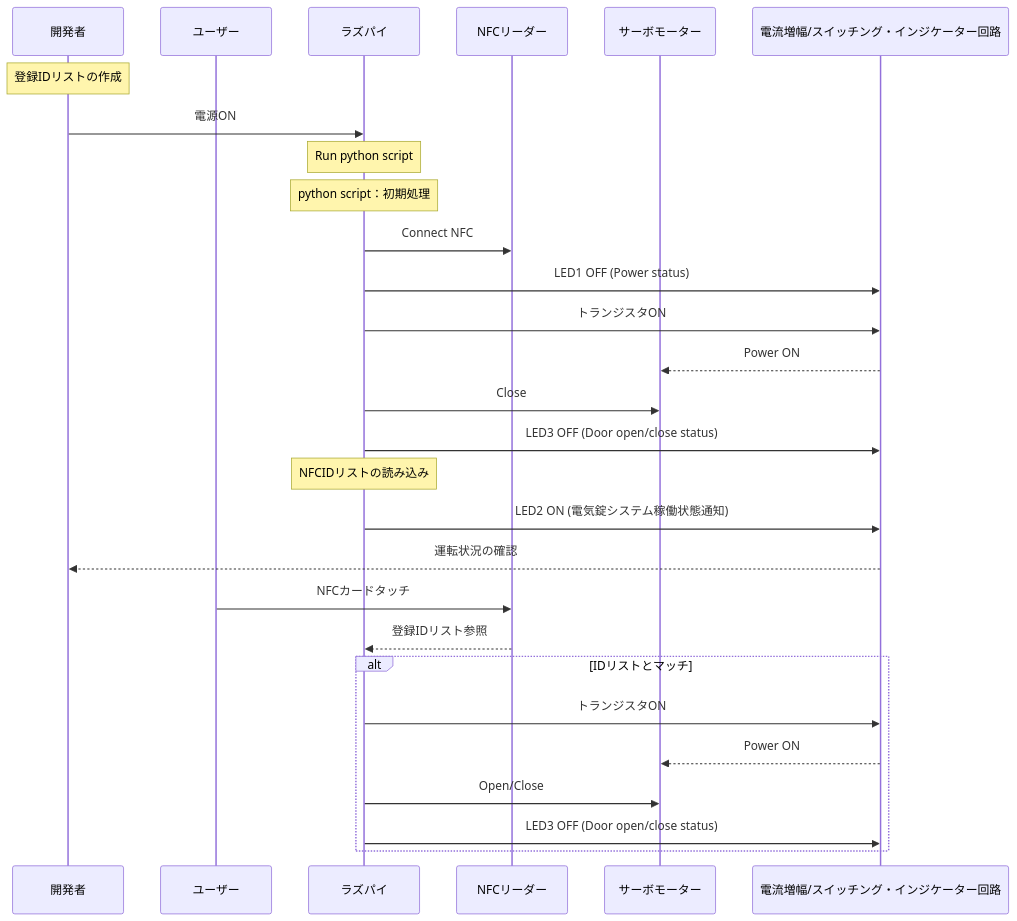
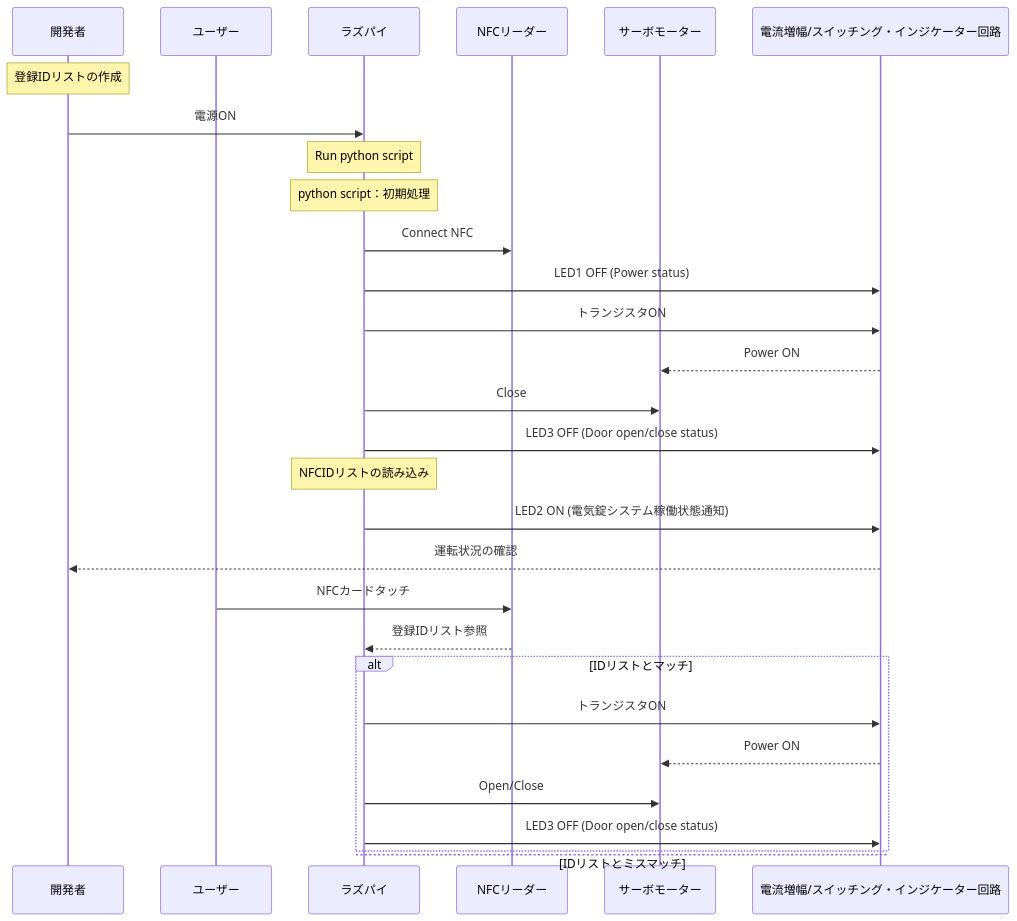
The second of 2 diagrams in memo/SystemMEMO.md (YUKI-SOKENDAI/SmartLock), drawn with Mermaid before and after one commit.

````diff
--- a/memo/SystemMEMO.md
+++ b/memo/SystemMEMO.md
@@ -63,38 +63,40 @@
 ```mermaid
 sequenceDiagram
     participant user as 開発者
     participant user1 as ユーザー
     participant raspi as ラズパイ
     participant nfc as NFCリーダー
     participant servo as サーボモーター
     participant circuit as 電流増幅/スイッチング・インジケーター回路
     
     # hoge
     Note over user: 登録IDリストの作成
     user->>raspi: 電源ON
     Note over raspi : Run python script
     Note over raspi : python script：初期処理
     
     raspi->>nfc: Connect NFC
     raspi->>circuit: LED1 OFF (Power status)
     raspi->>circuit: トランジスタON
     circuit-->>servo: Power ON
     raspi->>servo: Close
     raspi->>circuit: LED3 OFF (Door open/close status)
     Note over raspi : NFCIDリストの読み込み
     raspi->>circuit: LED2 ON (電気錠システム稼働状態通知)
     circuit-->>user: 運転状況の確認
     
     user1->>nfc: NFCカードタッチ
     nfc-->>raspi:登録IDリスト参照
     alt IDリストとマッチ
         raspi->>circuit: トランジスタON
         circuit-->>servo: Power ON
         raspi->>servo: Open/Close
         raspi->>circuit: LED3 OFF (Door open/close status)
+    else IDリストとミスマッチ
+    
     end
     
     
     #raspi-->>user: こんにちは！！
 
 ```
````
